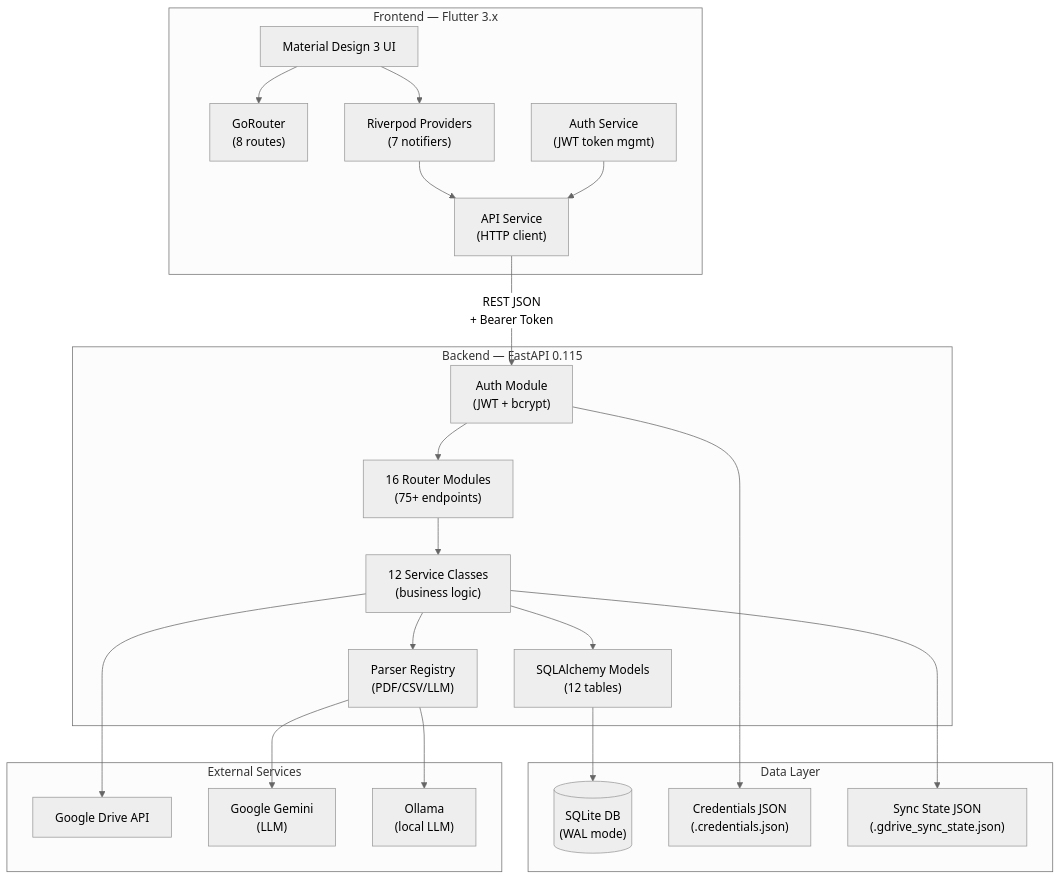
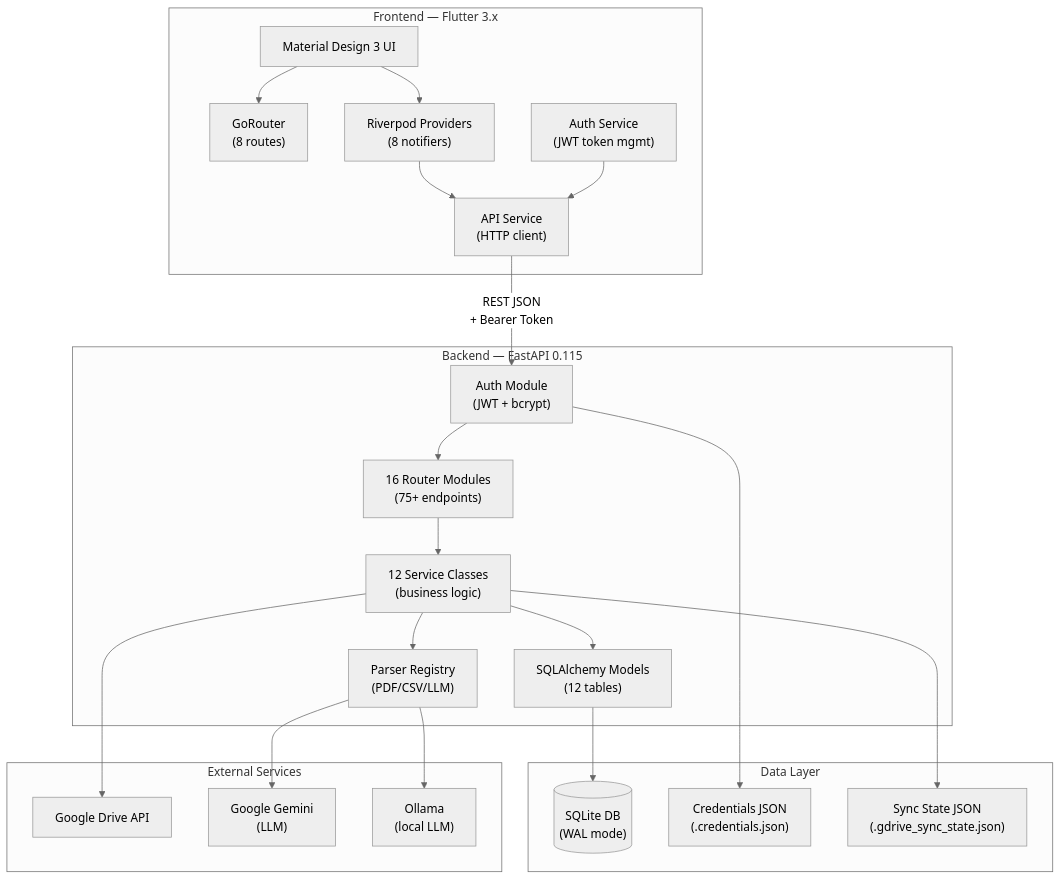
Before and after one commit to ghiridhars/finance-tracker-personal: the first of 10 diagrams in docs/ARCHITECTURE.md, drawn with Mermaid (neutral theme). The commit also changed 16 other files, not shown here.

````diff
--- a/docs/ARCHITECTURE.md
+++ b/docs/ARCHITECTURE.md
@@ -9,48 +9,48 @@
 ```mermaid
 graph TB
     subgraph Client["Frontend — Flutter 3.x"]
         UI["Material Design 3 UI"]
         Router["GoRouter<br/>(8 routes)"]
-        Providers["Riverpod Providers<br/>(7 notifiers)"]
+        Providers["Riverpod Providers<br/>(8 notifiers)"]
         AuthSvc["Auth Service<br/>(JWT token mgmt)"]
         ApiSvc["API Service<br/>(HTTP client)"]
 
         UI --> Router
         UI --> Providers
         Providers --> ApiSvc
         AuthSvc --> ApiSvc
     end
 
     subgraph Server["Backend — FastAPI 0.115"]
         Auth["Auth Module<br/>(JWT + bcrypt)"]
         Routers["16 Router Modules<br/>(75+ endpoints)"]
         Services["12 Service Classes<br/>(business logic)"]
         Parsers["Parser Registry<br/>(PDF/CSV/LLM)"]
         Models["SQLAlchemy Models<br/>(12 tables)"]
 
         Auth --> Routers
         Routers --> Services
         Services --> Models
         Services --> Parsers
     end
 
     subgraph Storage["Data Layer"]
         SQLite[("SQLite DB<br/>(WAL mode)")]
         CredFile["Credentials JSON<br/>(.credentials.json)"]
         SyncState["Sync State JSON<br/>(.gdrive_sync_state.json)"]
     end
 
     subgraph External["External Services"]
         GDrive["Google Drive API"]
         Gemini["Google Gemini<br/>(LLM)"]
         Ollama["Ollama<br/>(local LLM)"]
     end
 
     ApiSvc -- "REST JSON<br/>+ Bearer Token" --> Auth
     Models --> SQLite
     Auth --> CredFile
     Services --> SyncState
     Services --> GDrive
     Parsers --> Gemini
     Parsers --> Ollama
 ```
````
